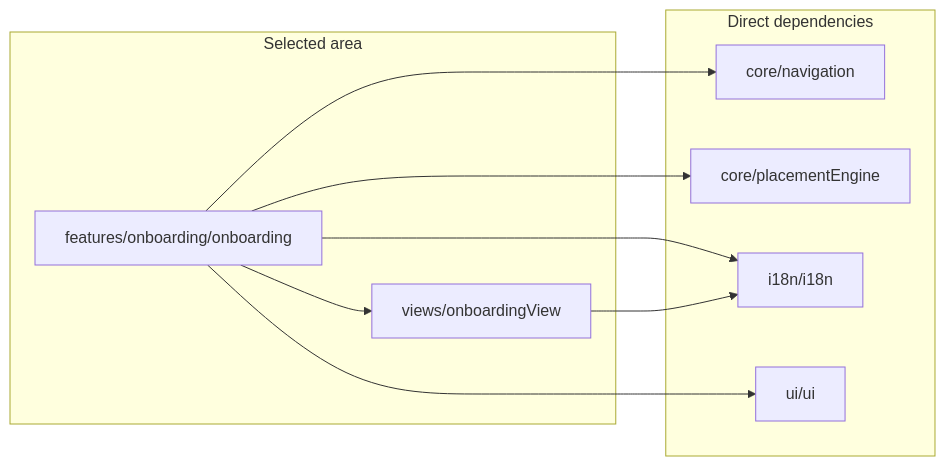
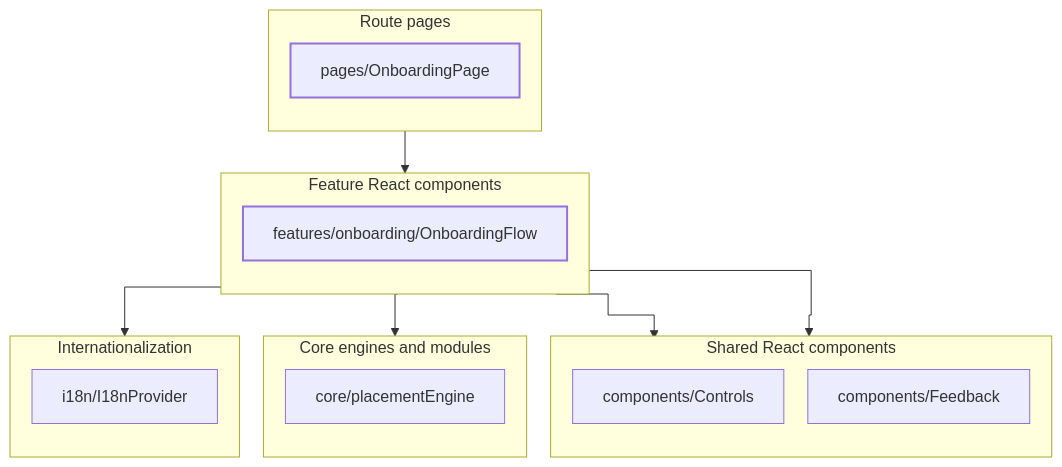
The fifth of 9 diagrams in docs/dependency-graph.md (temsahak-rgb/Dino-5monde), drawn with Mermaid before and after one commit. The commit also changed other lines of this file and 73 other files, not shown here.

````diff
--- a/docs/dependency-graph.md
+++ b/docs/dependency-graph.md
@@ -216,19 +291,31 @@
 ```mermaid
-flowchart LR
-    subgraph S["Selected area"]
-        M0["features/onboarding/onboarding"]
-        M1["views/onboardingView"]
+%%{init: {"flowchart": {"curve": "stepAfter", "nodeSpacing": 24, "rankSpacing": 42}}}%%
+flowchart TB
+    classDef focus stroke-width:2px
+    subgraph S4["Route pages"]
+        direction TB
+        M0["pages/OnboardingPage"]:::focus
     end
-    subgraph D["Direct dependencies"]
-        M2["core/navigation"]
-        M3["core/placementEngine"]
-        M4["i18n/i18n"]
-        M5["ui/ui"]
+    subgraph S5["Shared React components"]
+        direction TB
+        M1["components/Controls"]
+        M2["components/Feedback"]
     end
-    M0 --> M2
+    subgraph S6["Feature React components"]
+        direction TB
+        M3["features/onboarding/OnboardingFlow"]:::focus
+    end
+    subgraph S8["Core engines and modules"]
+        direction TB
+        M4["core/placementEngine"]
+    end
+    subgraph S9["Internationalization"]
+        direction TB
+        M5["i18n/I18nProvider"]
+    end
+    M3 --> M4
+    M3 --> M5
+    M3 --> M1
+    M3 --> M2
     M0 --> M3
-    M0 --> M4
-    M0 --> M5
-    M0 --> M1
-    M1 --> M4
 ```
````
